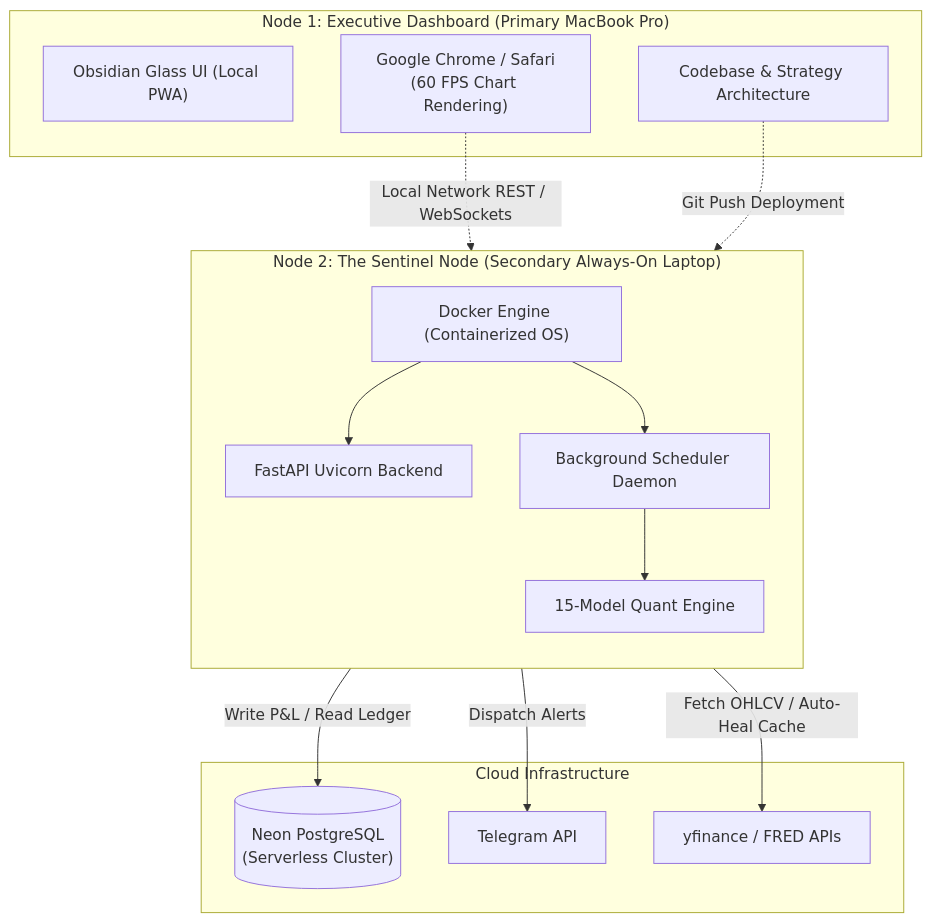
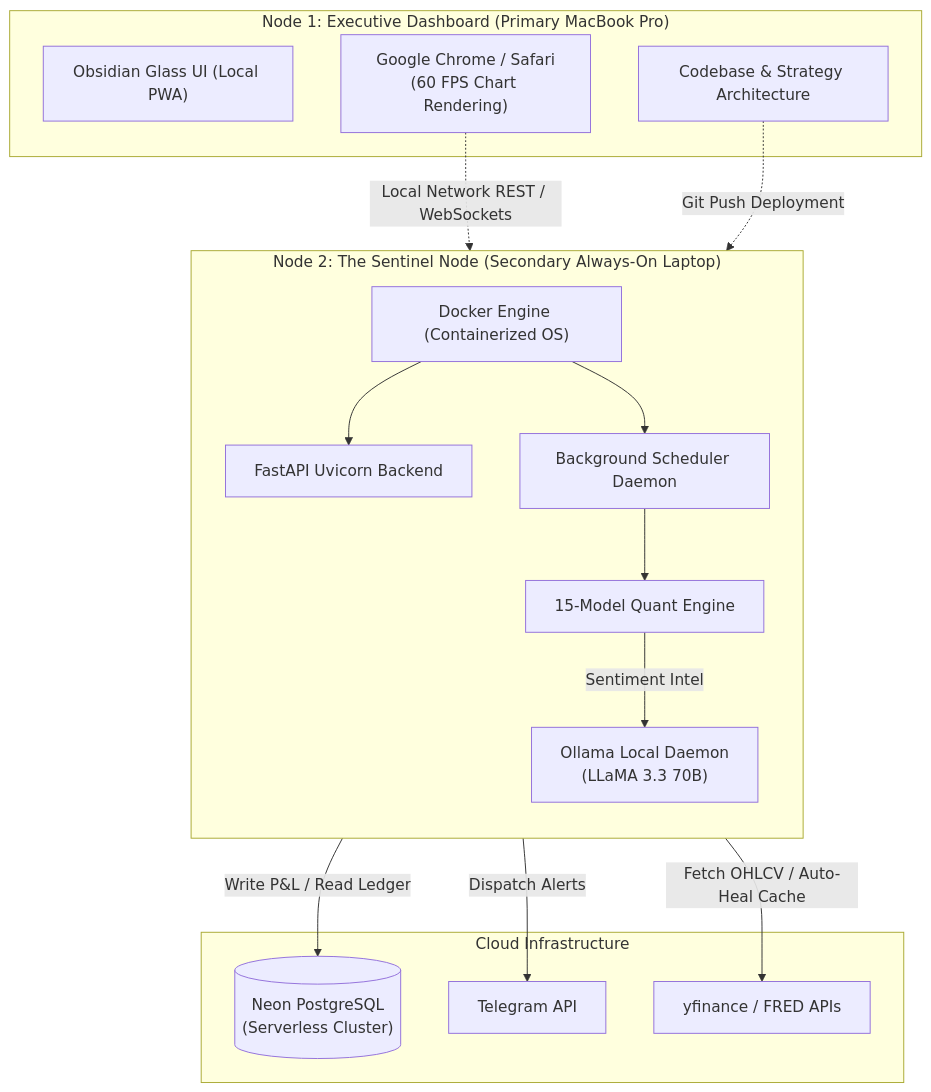
Before and after one commit to SaiSiddharthBS/MarketAnalyser: the second of 4 diagrams in README.md, drawn with Mermaid. The commit also changed other lines of this file, not shown here.

Commit message:
docs: Embed Ollama LLaMA 3.3 70B into architecture diagrams

````diff
--- a/README.md
+++ b/README.md
@@ -97,32 +99,34 @@
 ```mermaid
 graph TB
     subgraph "Node 1: Executive Dashboard (Primary MacBook Pro)"
         UI["Obsidian Glass UI (Local PWA)"]
         Dev["Codebase & Strategy Architecture"]
         UI_Browser["Google Chrome / Safari<br/>(60 FPS Chart Rendering)"]
     end
 
     subgraph "Node 2: The Sentinel Node (Secondary Always-On Laptop)"
         direction TB
         Docker["Docker Engine (Containerized OS)"]
         FastAPI["FastAPI Uvicorn Backend"]
+        Ollama["Ollama Local Daemon<br/>(LLaMA 3.3 70B)"]
         Cron["Background Scheduler Daemon"]
         Quant["15-Model Quant Engine"]
         
         Docker --> FastAPI
         Docker --> Cron
         Cron --> Quant
+        Quant -->|Sentiment Intel| Ollama
     end
 
     subgraph "Cloud Infrastructure"
         DB[("Neon PostgreSQL<br/>(Serverless Cluster)")]
         TG["Telegram API"]
         Data["yfinance / FRED APIs"]
     end
 
     UI_Browser -.->|Local Network REST / WebSockets| FastAPI
     Quant -->|Write P&L / Read Ledger| DB
     Quant -->|Fetch OHLCV / Auto-Heal Cache| Data
     Cron -->|Dispatch Alerts| TG
     Dev -.->|Git Push Deployment| Docker
 ```
````
